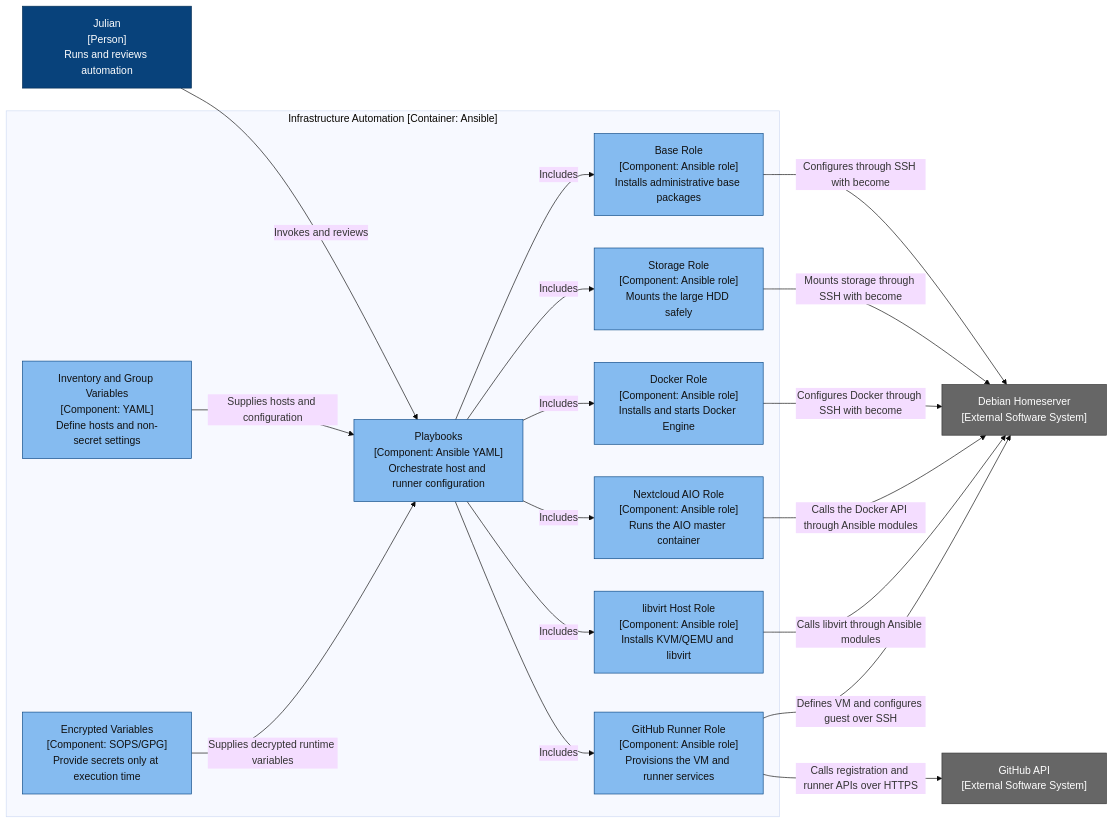
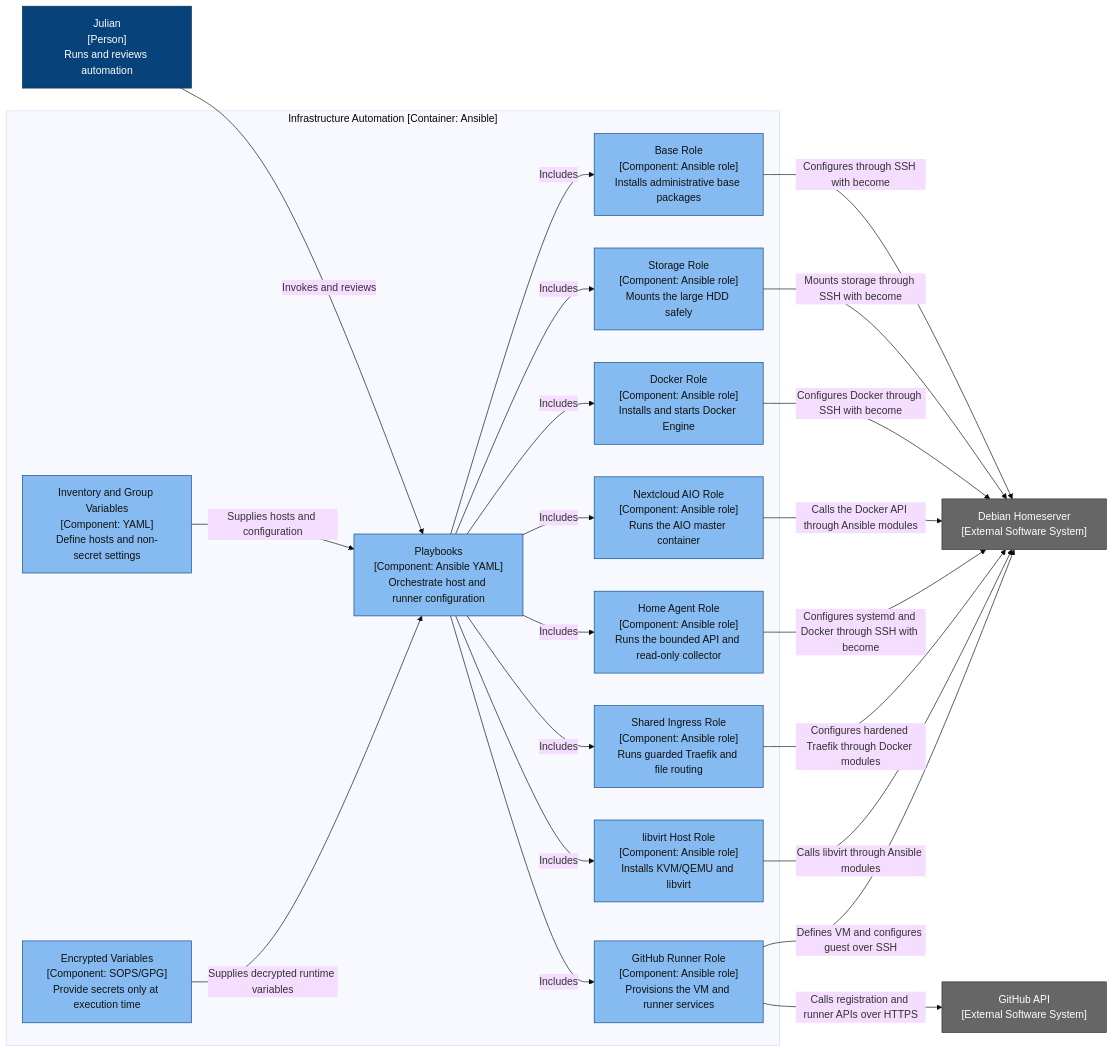
The diagram in docs/architecture/current/component-home-infra.md (KandlerLi/home-infra-docs), drawn with Mermaid (base theme) before and after one commit. The commit also changed other lines of this file and 16 other files, not shown here.

Commit message:
Document deployed shared ingress

````diff
--- a/docs/architecture/current/component-home-infra.md
+++ b/docs/architecture/current/component-home-infra.md
@@ -7,42 +7,48 @@
 ```mermaid
 flowchart LR
     operator["Julian<br/>[Person]<br/>Runs and reviews automation"]
     host["Debian Homeserver<br/>[External Software System]"]
     github["GitHub API<br/>[External Software System]"]
 
     subgraph automation["Infrastructure Automation [Container: Ansible]"]
         playbooks["Playbooks<br/>[Component: Ansible YAML]<br/>Orchestrate host and runner configuration"]
         inventory["Inventory and Group Variables<br/>[Component: YAML]<br/>Define hosts and non-secret settings"]
         secrets["Encrypted Variables<br/>[Component: SOPS/GPG]<br/>Provide secrets only at execution time"]
         base["Base Role<br/>[Component: Ansible role]<br/>Installs administrative base packages"]
         storage["Storage Role<br/>[Component: Ansible role]<br/>Mounts the large HDD safely"]
         docker["Docker Role<br/>[Component: Ansible role]<br/>Installs and starts Docker Engine"]
         nextcloud["Nextcloud AIO Role<br/>[Component: Ansible role]<br/>Runs the AIO master container"]
+        agent["Home Agent Role<br/>[Component: Ansible role]<br/>Runs the bounded API and read-only collector"]
+        ingress["Shared Ingress Role<br/>[Component: Ansible role]<br/>Runs guarded Traefik and file routing"]
         libvirt["libvirt Host Role<br/>[Component: Ansible role]<br/>Installs KVM/QEMU and libvirt"]
         runner["GitHub Runner Role<br/>[Component: Ansible role]<br/>Provisions the VM and runner services"]
     end
 
     operator -->|"Invokes and reviews"| playbooks
     inventory -->|"Supplies hosts and configuration"| playbooks
     secrets -->|"Supplies decrypted runtime variables"| playbooks
     playbooks -->|"Includes"| base
     playbooks -->|"Includes"| storage
     playbooks -->|"Includes"| docker
     playbooks -->|"Includes"| nextcloud
+    playbooks -->|"Includes"| agent
+    playbooks -->|"Includes"| ingress
     playbooks -->|"Includes"| libvirt
     playbooks -->|"Includes"| runner
     base -->|"Configures through SSH with become"| host
     storage -->|"Mounts storage through SSH with become"| host
     docker -->|"Configures Docker through SSH with become"| host
     nextcloud -->|"Calls the Docker API through Ansible modules"| host
+    agent -->|"Configures systemd and Docker through SSH with become"| host
+    ingress -->|"Configures hardened Traefik through Docker modules"| host
     libvirt -->|"Calls libvirt through Ansible modules"| host
     runner -->|"Calls registration and runner APIs over HTTPS"| github
     runner -->|"Defines VM and configures guest over SSH"| host
 
     classDef person fill:#08427b,color:#fff,stroke:#052e56
     classDef external fill:#666,color:#fff,stroke:#333
     classDef component fill:#85bbf0,color:#111,stroke:#0b4884
     class operator person
     class host,github external
-    class playbooks,inventory,secrets,base,storage,docker,nextcloud,libvirt,runner component
+    class playbooks,inventory,secrets,base,storage,docker,nextcloud,agent,ingress,libvirt,runner component
 ```
````
